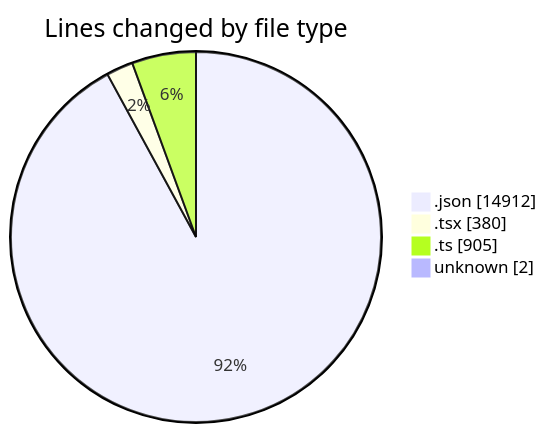
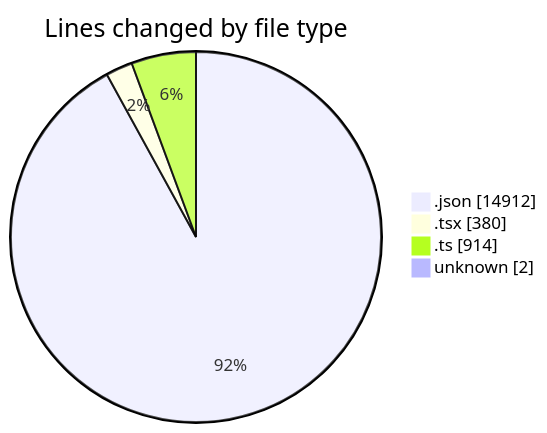
Before and after one commit to julien-gomy/code-tracking: the first of 2 diagrams in 2025-11-19/eventscop-frontend-guide__workspace_/README.md, drawn with Mermaid. The commit also changed other lines of this file and 1 other file, not shown here.

````diff
--- a/2025-11-19/eventscop-frontend-guide__workspace_/README.md
+++ b/2025-11-19/eventscop-frontend-guide__workspace_/README.md
@@ -49,8 +49,8 @@
 ```mermaid
 pie showData
 title Lines changed by file type
 ".json" : 14912
 ".tsx" : 380
-".ts" : 905
+".ts" : 914
 "unknown" : 2
 ```
````
